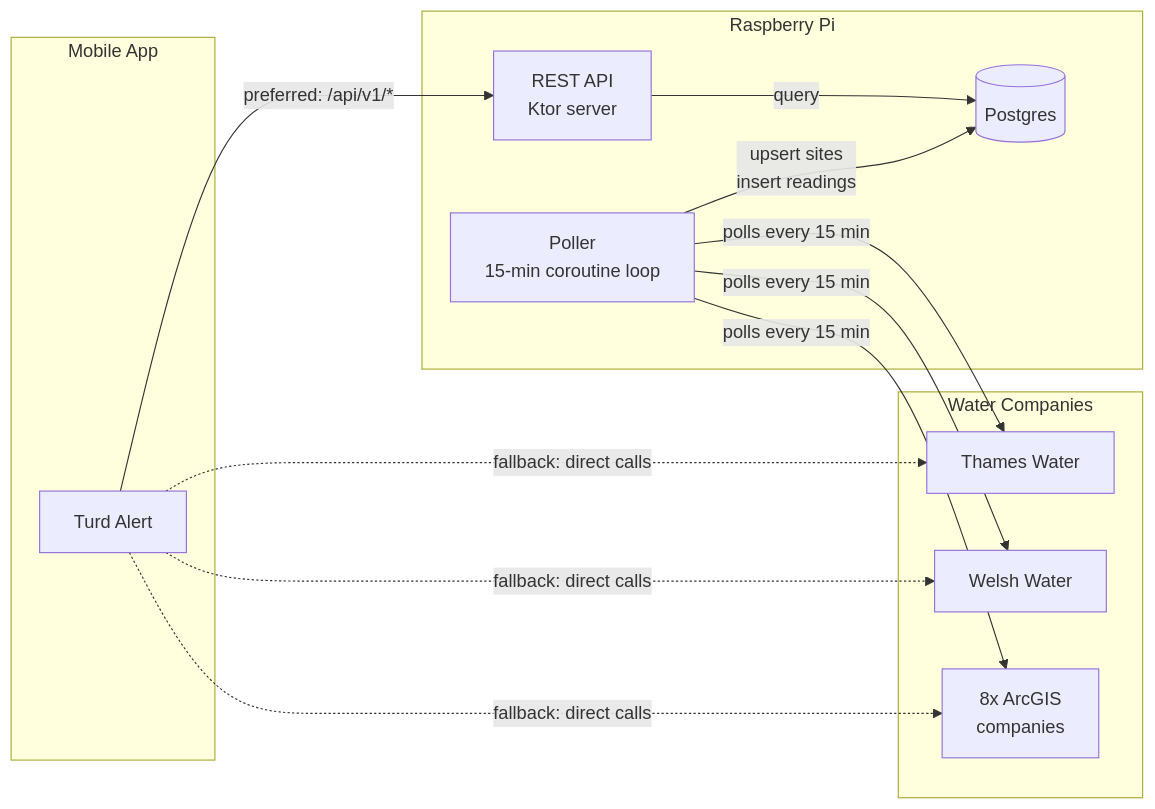
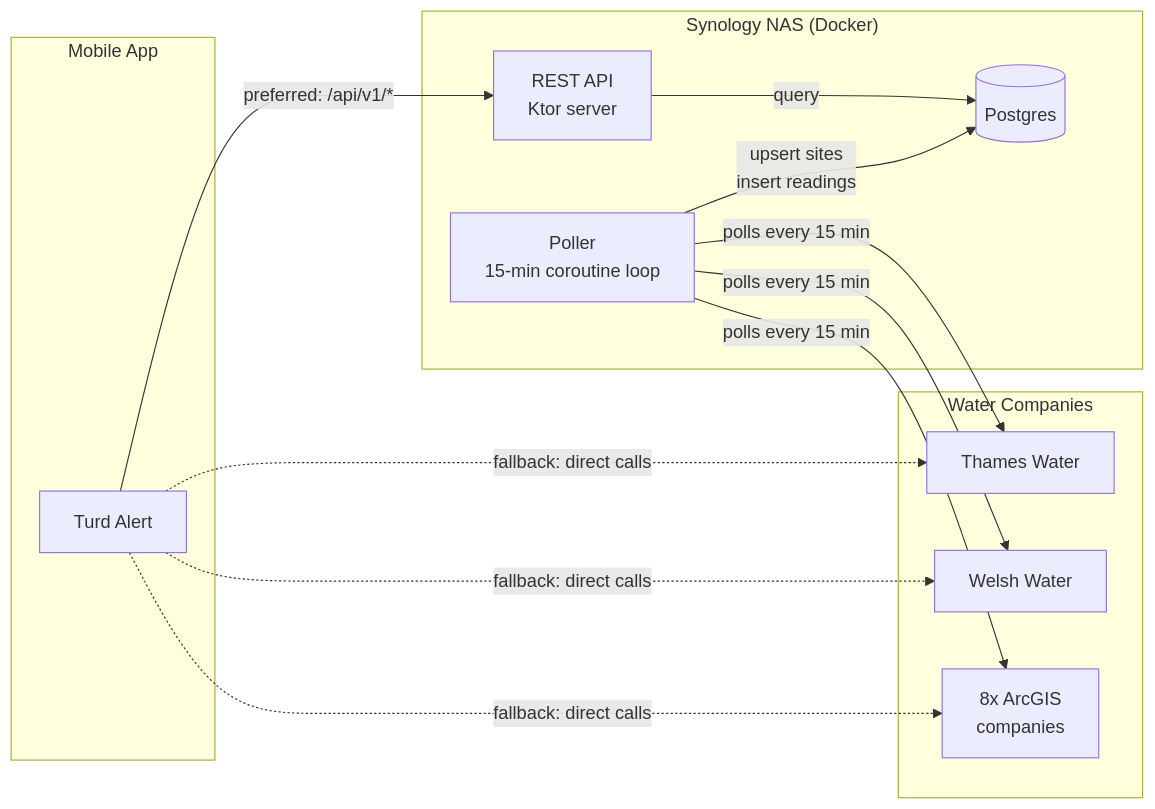
One commit to DanielChicot/turd-alert changed the diagram in docs/superpowers/specs/2026-03-15-historical-overflow-data-design.md. Above: the diagram before and after it, drawn with Mermaid. The commit also changed other lines of this file, not shown here.

First line of the commit message:
Update deployment target from Raspberry Pi to Synology NAS via Docker Compose

````diff
--- a/docs/superpowers/specs/2026-03-15-historical-overflow-data-design.md
+++ b/docs/superpowers/specs/2026-03-15-historical-overflow-data-design.md
@@ -40,28 +40,28 @@
 ```mermaid
 graph LR
-    subgraph "Raspberry Pi"
+    subgraph "Synology NAS (Docker)"
         Poller[Poller<br/>15-min coroutine loop]
         API[REST API<br/>Ktor server]
         PG[(Postgres)]
     end
 
     subgraph "Water Companies"
         TW[Thames Water]
         WW[Welsh Water]
         AG[8x ArcGIS<br/>companies]
     end
 
     subgraph "Mobile App"
         App[Turd Alert]
     end
 
     Poller -->|polls every 15 min| TW
     Poller -->|polls every 15 min| WW
     Poller -->|polls every 15 min| AG
     Poller -->|upsert sites<br/>insert readings| PG
     API -->|query| PG
     App -->|preferred: /api/v1/*| API
     App -.->|fallback: direct calls| TW
     App -.->|fallback: direct calls| WW
     App -.->|fallback: direct calls| AG
 ```
````
